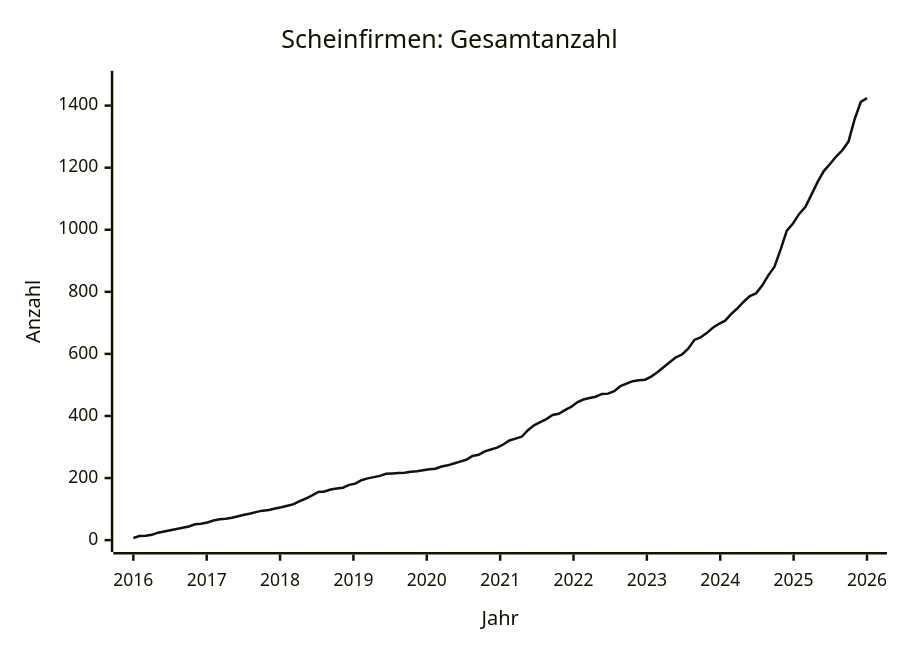
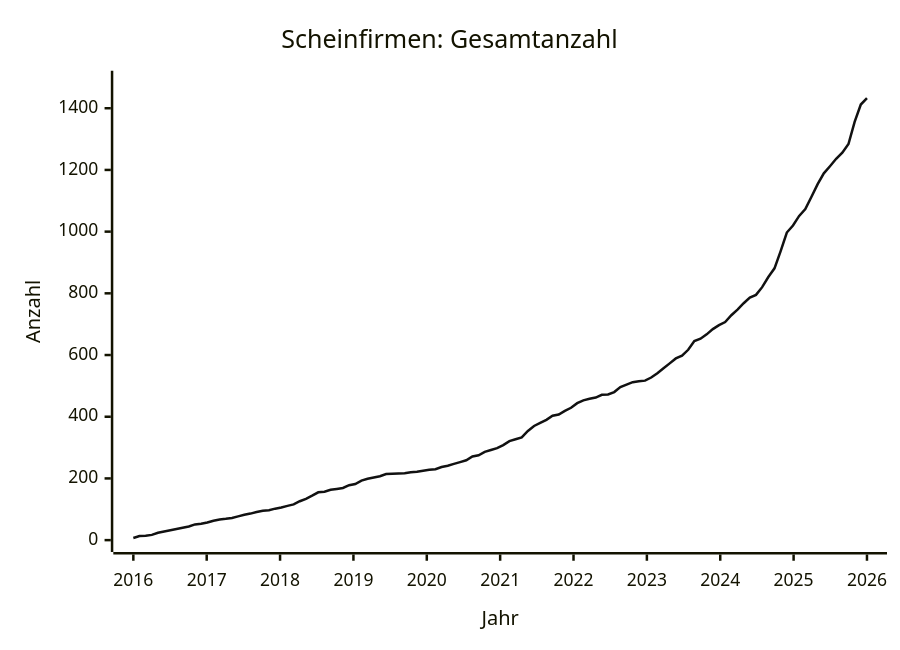
One commit to arjoma/scheinfirmen-at changed the diagram in data/STATS.md. Above: the diagram before and after it, drawn with Mermaid. The commit also changed other lines of this file and 3 other files, not shown here.

````diff
--- a/data/STATS.md
+++ b/data/STATS.md
@@ -9,13 +9,13 @@
 ```mermaid
 ---
 config:
   themeVariables:
     xyChart:
       plotColorPalette: "#111111"
 ---
 xychart-beta
     title "Scheinfirmen: Gesamtanzahl"
     x-axis "Jahr" 2016 --> 2026
-    y-axis "Anzahl" 0 --> 1474
-    line [7, 13, 14, 17, 24, 28, 32, 36, 40, 44, 51, 53, 57, 63, 67, 69, 72, 77, 82, 86, 91, 95, 97, 102, 106, 111, 116, 126, 134, 144, 155, 157, 163, 166, 169, 178, 182, 193, 199, 203, 207, 214, 215, 216, 217, 220, 222, 225, 228, 230, 237, 241, 247, 253, 259, 271, 275, 286, 292, 298, 308, 321, 327, 333, 354, 370, 380, 390, 403, 407, 419, 429, 444, 453, 458, 462, 471, 472, 480, 496, 504, 512, 515, 517, 527, 541, 557, 573, 589, 598, 617, 645, 653, 667, 684, 697, 707, 729, 747, 768, 786, 795, 820, 853, 881, 937, 997, 1020, 1051, 1073, 1113, 1154, 1189, 1212, 1236, 1256, 1284, 1356, 1412, 1424]
+    y-axis "Anzahl" 0 --> 1483
+    line [7, 13, 14, 17, 24, 28, 32, 36, 40, 44, 51, 53, 57, 63, 67, 69, 72, 77, 82, 86, 91, 95, 97, 102, 106, 111, 116, 126, 134, 144, 155, 157, 163, 166, 169, 178, 182, 193, 199, 203, 207, 214, 215, 216, 217, 220, 222, 225, 228, 230, 237, 241, 247, 253, 259, 271, 275, 286, 292, 298, 308, 321, 327, 333, 354, 370, 380, 390, 403, 407, 419, 429, 444, 453, 458, 462, 471, 472, 480, 496, 504, 512, 515, 517, 527, 541, 557, 573, 589, 598, 617, 645, 653, 667, 684, 697, 707, 729, 747, 768, 786, 795, 820, 853, 881, 937, 997, 1020, 1051, 1073, 1113, 1154, 1189, 1212, 1236, 1256, 1284, 1356, 1412, 1433]
 ```
````
